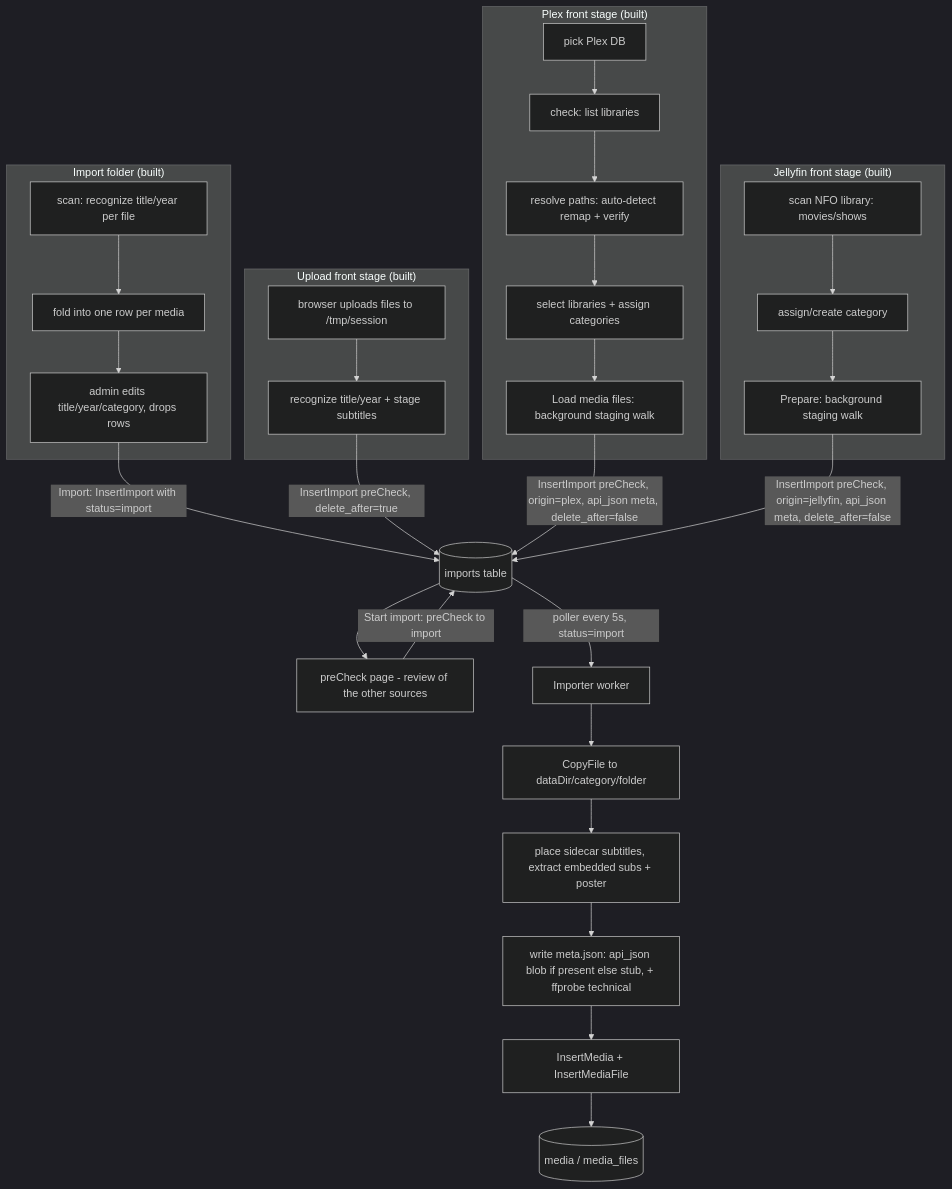
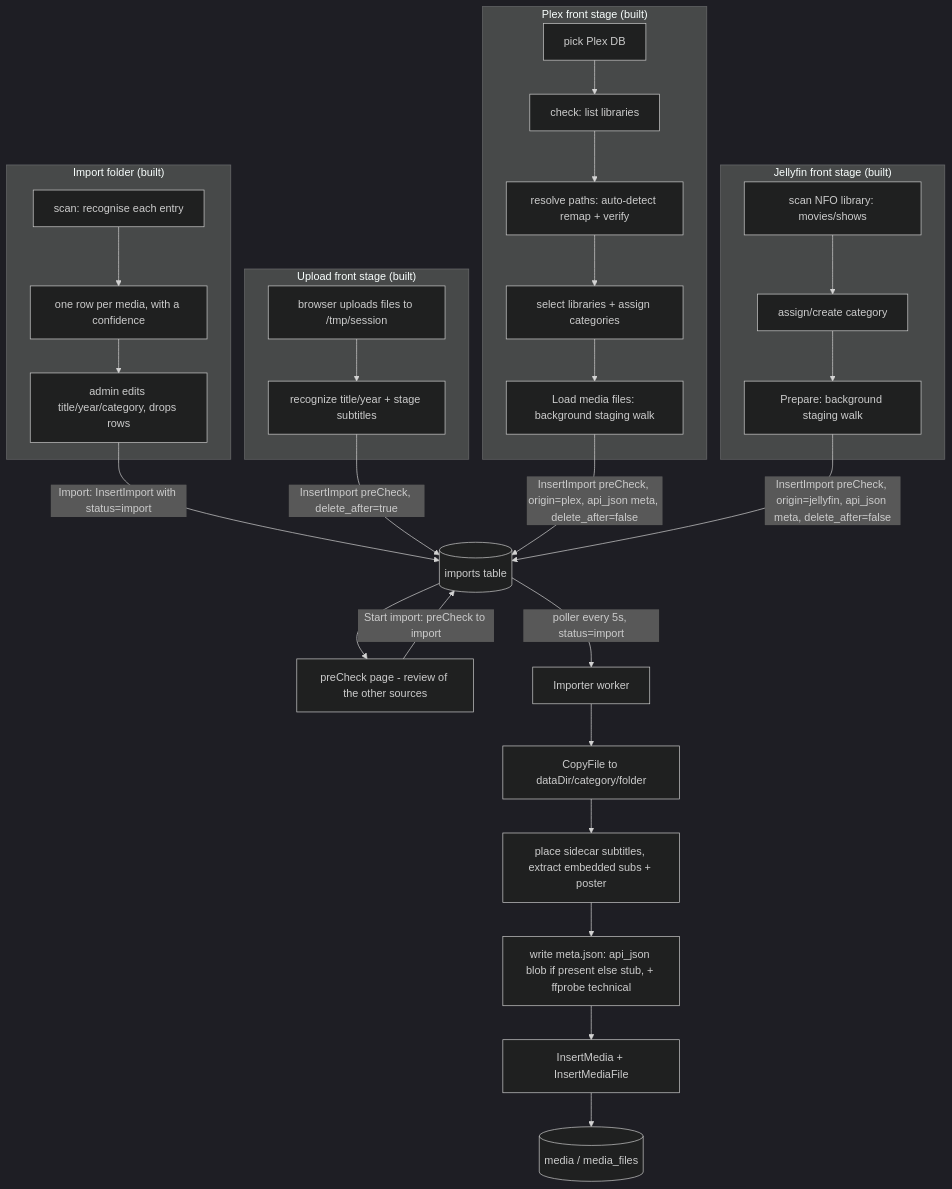
The first of 3 diagrams in docs/import.md (xuedi/FileFin), drawn with Mermaid (dark theme) before and after one commit. The commit also changed other lines of this file and 15 other files, not shown here.

````diff
--- a/docs/import.md
+++ b/docs/import.md
@@ -59,27 +59,27 @@
 ```mermaid
 flowchart TD
     subgraph Folder["Import folder (built)"]
-        FS[scan: recognize title/year per file] --> FG[fold into one row per media] --> FE[admin edits title/year/category, drops rows]
+        FS[scan: recognise each entry] --> FG[one row per media, with a confidence] --> FE[admin edits title/year/category, drops rows]
     end
     subgraph Upload["Upload front stage (built)"]
         UB[browser uploads files to /tmp/session] --> UR[recognize title/year + stage subtitles]
     end
     subgraph Plex["Plex front stage (built)"]
         PX[pick Plex DB] --> PC2[check: list libraries] --> PR[resolve paths: auto-detect remap + verify] --> PA[select libraries + assign categories] --> PP[Load media files: background staging walk]
     end
     subgraph Jellyfin["Jellyfin front stage (built)"]
         JT[scan NFO library: movies/shows] --> JA[assign/create category] --> JP[Prepare: background staging walk]
     end
     FE -->|Import: InsertImport with status=import| T[(imports table)]
     UR -->|InsertImport preCheck, delete_after=true| T
     PP -->|InsertImport preCheck, origin=plex, api_json meta, delete_after=false| T
     JP -->|InsertImport preCheck, origin=jellyfin, api_json meta, delete_after=false| T
     T --> PC[preCheck page - review of the other sources]
     PC -->|Start import: preCheck to import| T
     T -->|poller every 5s, status=import| W[Importer worker]
     W --> C[CopyFile to dataDir/category/folder]
     C --> SU[place sidecar subtitles, extract embedded subs + poster]
     SU --> M[write meta.json: api_json blob if present else stub, + ffprobe technical]
     M --> MI[InsertMedia + InsertMediaFile]
     MI --> D[(media / media_files)]
 ```
````
